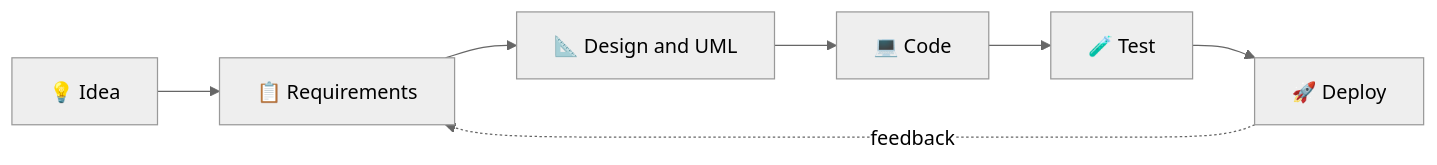
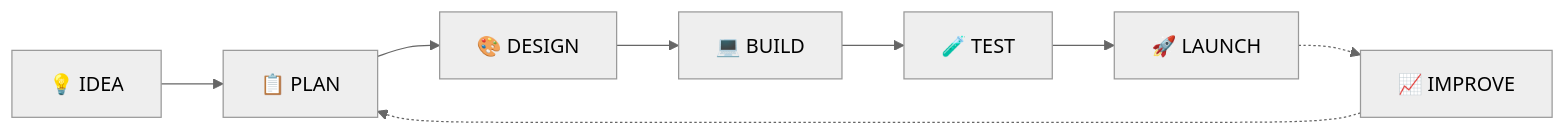
One commit to amalikahmed066-ops/amalikahmed066-ops changed the diagram in README.md. Above: the diagram before and after it, drawn with Mermaid (neutral theme). The commit also changed other lines of this file, not shown here.

````diff
--- a/README.md
+++ b/README.md
@@ -37,9 +140,10 @@
 ```mermaid
 flowchart LR
-    A[💡 Idea] --> B[📋 Requirements]
-    B --> C[📐 Design and UML]
-    C --> D[💻 Code]
-    D --> E[🧪 Test]
-    E --> F[🚀 Deploy]
-    F -.->|feedback| B
+    A[💡 IDEA] --> B[📋 PLAN]
+    B --> C[🎨 DESIGN]
+    C --> D[💻 BUILD]
+    D --> E[🧪 TEST]
+    E --> F[🚀 LAUNCH]
+    F -.-> G[📈 IMPROVE]
+    G -.-> B
 ```
````
